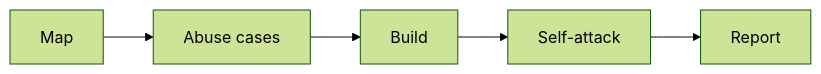
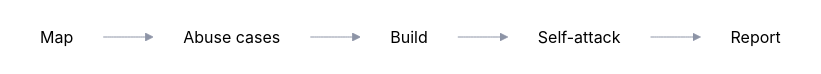
Before and after one commit to flintsec/bug-hunter: the diagram in README.ar.md, drawn with Mermaid (forest theme). The commit also changed 5 other files, not shown here.

Commit message:
Refine the logo lockup and flatten the workflow diagram (no borders or shadows)

````diff
--- a/README.ar.md
+++ b/README.ar.md
@@ -34,4 +34,6 @@
 ```mermaid
 flowchart LR
-    M["Map"] --> A["Abuse cases"] --> B["Build"] --> S["Self-attack"] --> R["Report"]
+    M["Map"]:::s --> A["Abuse cases"]:::s --> B["Build"]:::s --> S["Self-attack"]:::s --> R["Report"]:::s
+    classDef s fill:none,stroke:none;
+    linkStyle default stroke:#8d94a6,stroke-width:1px;
 ```
````
